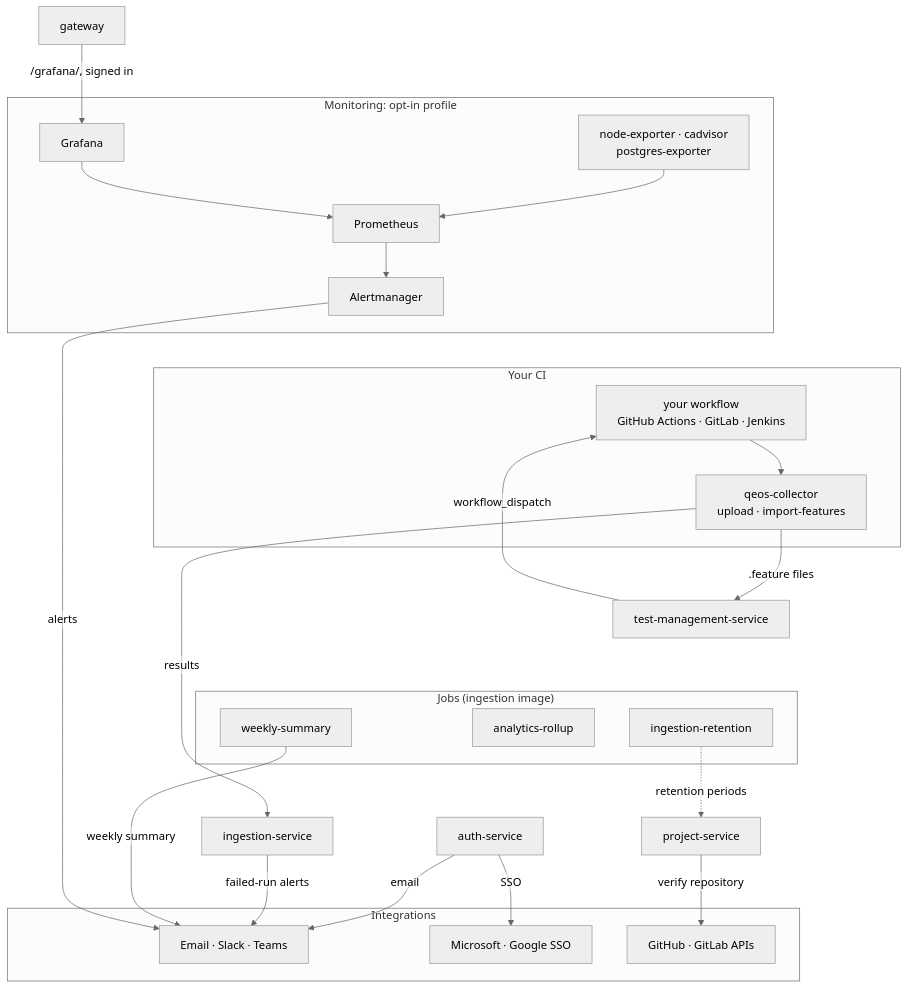
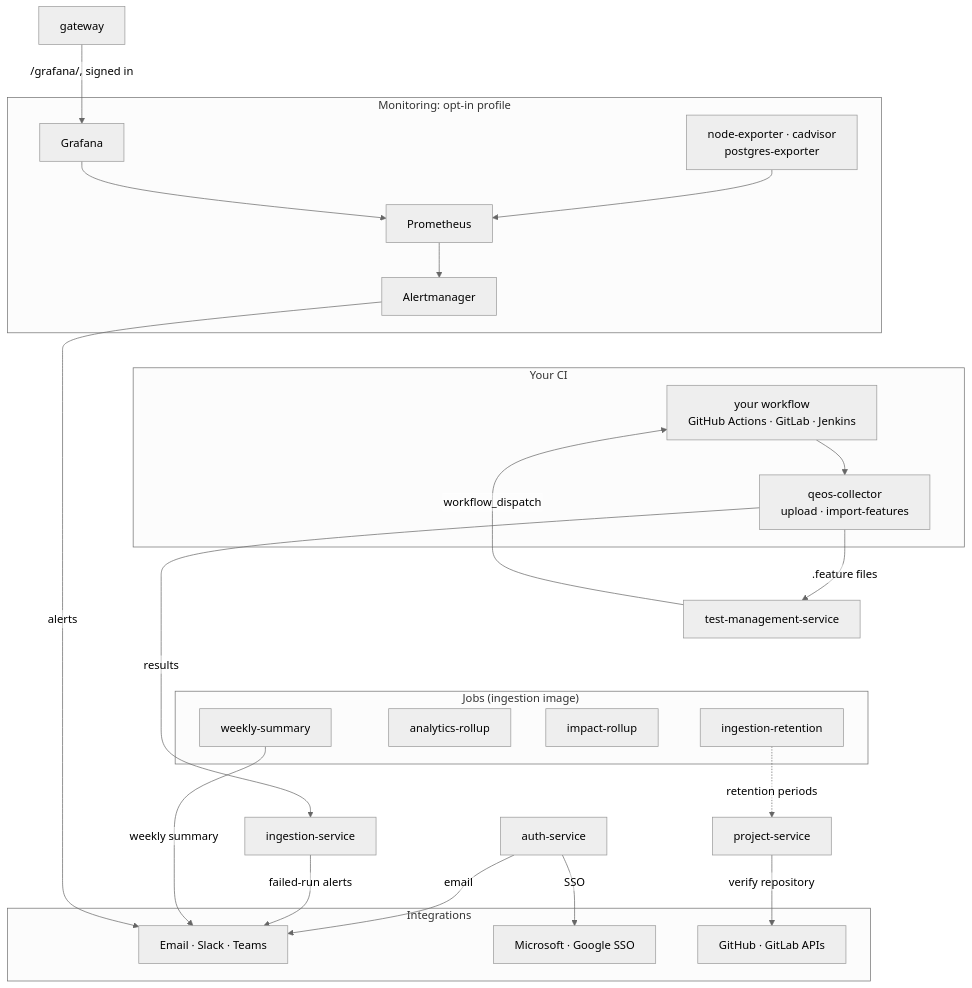
One commit to atriis/Atriis.QEOS changed the second of 2 diagrams in README.md. Above: the diagram before and after it, drawn with Mermaid (neutral theme). The commit also changed other lines of this file and 11 other files, not shown here.

Commit message:
feat(stack): impact-rollup compose job with heartbeat and JobStale at two days

````diff
--- a/README.md
+++ b/README.md
@@ -157,49 +157,50 @@
 ```mermaid
 %%{init: {"flowchart": {"htmlLabels": false, "wrappingWidth": 400}}}%%
 flowchart TB
     subgraph CI["Your CI"]
         WF["your workflow<br/>GitHub Actions · GitLab · Jenkins"]
         COL["qeos-collector<br/>upload · import-features"]
         WF --> COL
     end
     TM[test-management-service]
     ING[ingestion-service]
     PROJ[project-service]
     AUTH[auth-service]
     TM -->|workflow_dispatch| WF
     COL -->|results| ING
     COL -->|.feature files| TM
 
     subgraph JOBS["Jobs (ingestion image)"]
         RET[ingestion-retention]
         ROLL[analytics-rollup]
+        IMPR[impact-rollup]
         WEEK[weekly-summary]
     end
     RET -.->|retention periods| PROJ
 
     subgraph INTEG["Integrations"]
         NOTIFY["Email · Slack · Teams"]
         IDP["Microsoft · Google SSO"]
         GH["GitHub · GitLab APIs"]
     end
     PROJ -->|verify repository| GH
     AUTH -->|SSO| IDP
     AUTH -->|email| NOTIFY
     ING -->|failed-run alerts| NOTIFY
     WEEK -->|weekly summary| NOTIFY
 
     subgraph MON["Monitoring: opt-in profile"]
         EXP["node-exporter · cadvisor<br/>postgres-exporter"]
         PROM[Prometheus]
         AM[Alertmanager]
         GRAF[Grafana]
         EXP --> PROM --> AM
         GRAF --> PROM
     end
     AM -->|alerts| NOTIFY
     GW["gateway"] -->|/grafana/, signed in| GRAF
 
     %% Invisible links stack the groups top to bottom, so the diagram stays narrow
     AM ~~~ WF
     TM ~~~ RET
 ```
````
